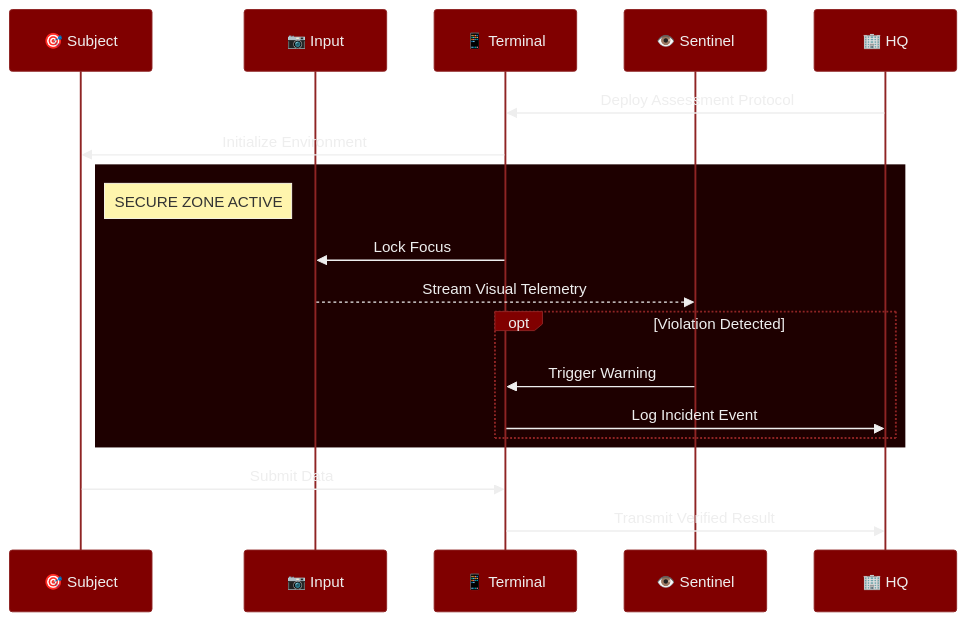
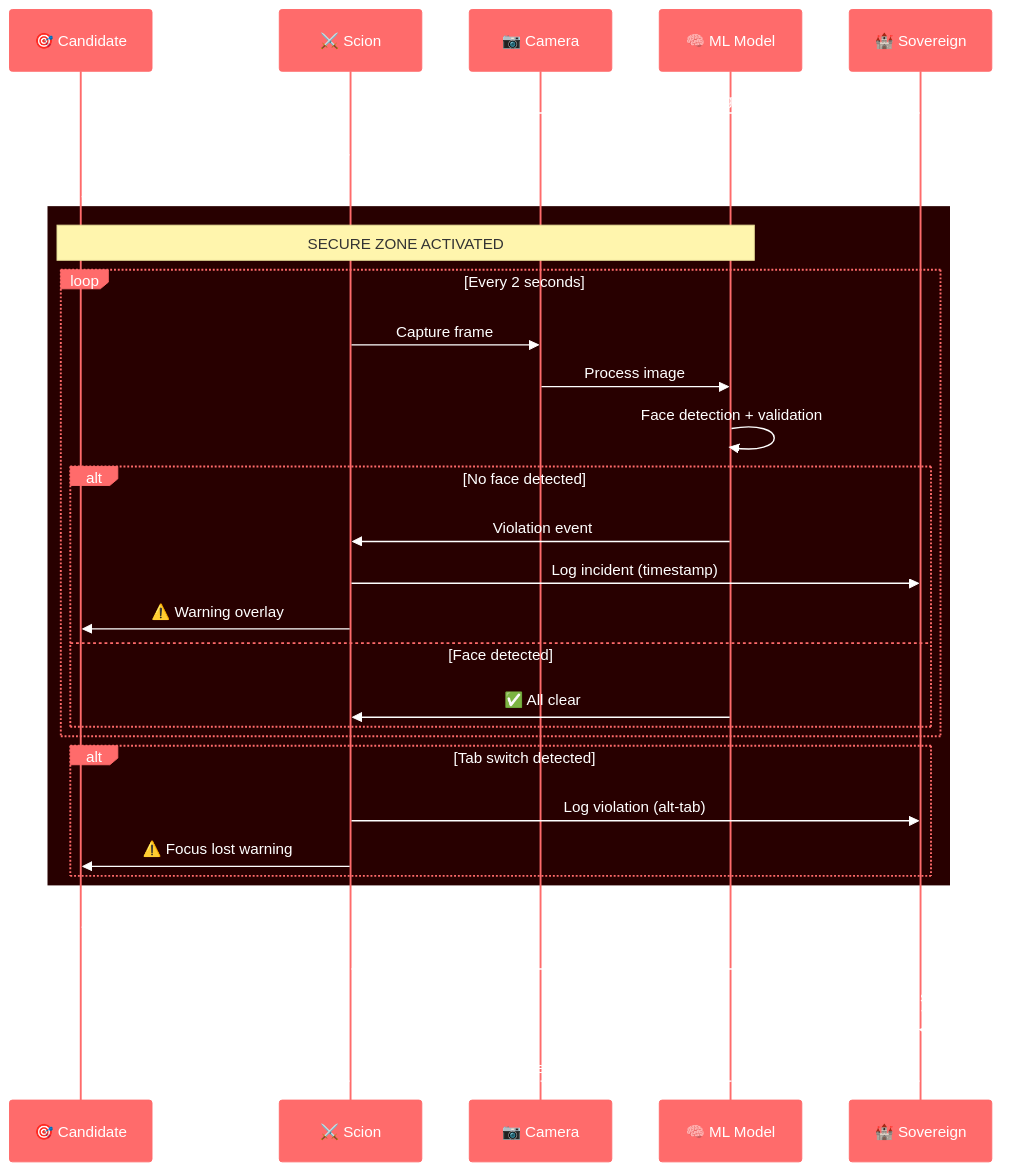
The fourth of 5 diagrams in README.md (dhanasai2/SovreignyX_Final), drawn with Mermaid before and after one commit. The commit also changed other lines of this file, not shown here.

````diff
--- a/README.md
+++ b/README.md
@@ -337,26 +785,41 @@
 ```mermaid
-%%{init: {'theme': 'base', 'themeVariables': { 'darkMode': true, 'primaryColor': '#800000', 'secondaryColor': '#330000', 'tertiaryColor': '#110000' }}}%%
+%%{init: {'theme':'base', 'themeVariables': { 'primaryColor':'#ff6b6b','primaryTextColor':'#fff','primaryBorderColor':'#ff6b6b','lineColor':'#ffd93d','secondaryColor':'#a0c4ff','tertiaryColor':'#fff'}}}%%
 sequenceDiagram
-    participant Candidate as 🎯 Subject
-    participant Device_Sensors as 📷 Input
-    participant Scion_Client as 📱 Terminal
-    participant Sentinel_AI as 👁️ Sentinel
-    participant Sovereign_Command as 🏢 HQ
+    participant C as 🎯 Candidate
+    participant SC as ⚔️ Scion
+    participant CAM as 📷 Camera
+    participant ML as 🧠 ML Model
+    participant SV as 🏰 Sovereign
 
-    Sovereign_Command->>Scion_Client: Deploy Assessment Protocol
-    Scion_Client->>Candidate: Initialize Environment
+    SV->>SC: Deploy assessment + config
+    SC->>C: Lock screen (fullscreen mode)
+    C->>SC: Start test
 
-    rect rgb(30, 0, 0)
-        note right of Candidate: SECURE ZONE ACTIVE
-        Scion_Client->>Device_Sensors: Lock Focus
-        Device_Sensors-->>Sentinel_AI: Stream Visual Telemetry
+    rect rgb(40, 0, 0)
+        Note over C,ML: SECURE ZONE ACTIVATED
 
-        opt Violation Detected
-            Sentinel_AI->>Scion_Client: Trigger Warning
-            Scion_Client->>Sovereign_Command: Log Incident Event
+        loop Every 2 seconds
+            SC->>CAM: Capture frame
+            CAM->>ML: Process image
+            ML->>ML: Face detection + validation
+
+            alt No face detected
+                ML->>SC: Violation event
+                SC->>SV: Log incident (timestamp)
+                SC->>C: ⚠️ Warning overlay
+            else Face detected
+                ML->>SC: ✅ All clear
+            end
+        end
+
+        alt Tab switch detected
+            SC->>SV: Log violation (alt-tab)
+            SC->>C: ⚠️ Focus lost warning
         end
     end
 
-    Candidate->>Scion_Client: Submit Data
-    Scion_Client->>Sovereign_Command: Transmit Verified Result
+    C->>SC: Submit answers
+    SC->>SV: Results + integrity report
+    SV->>SV: Calculate trust score (0-100%)
+    SV-->>C: "Submission received"
 ```
````
